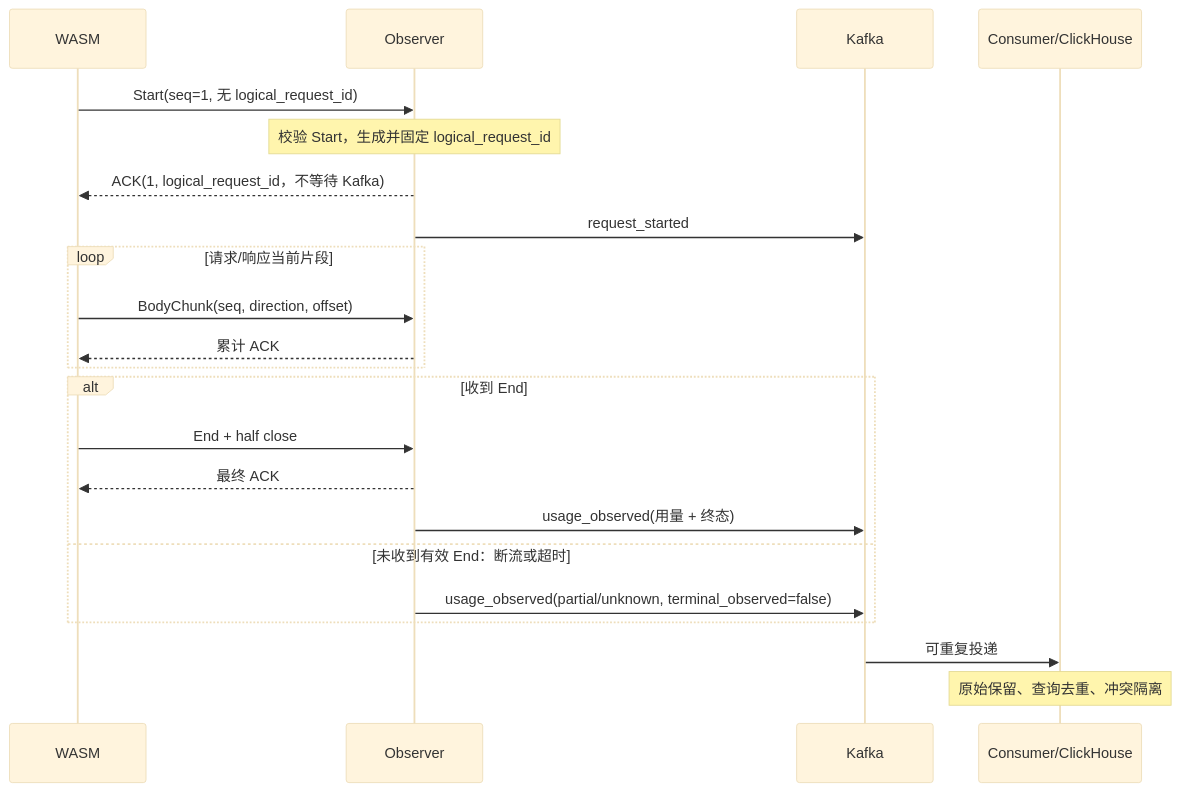
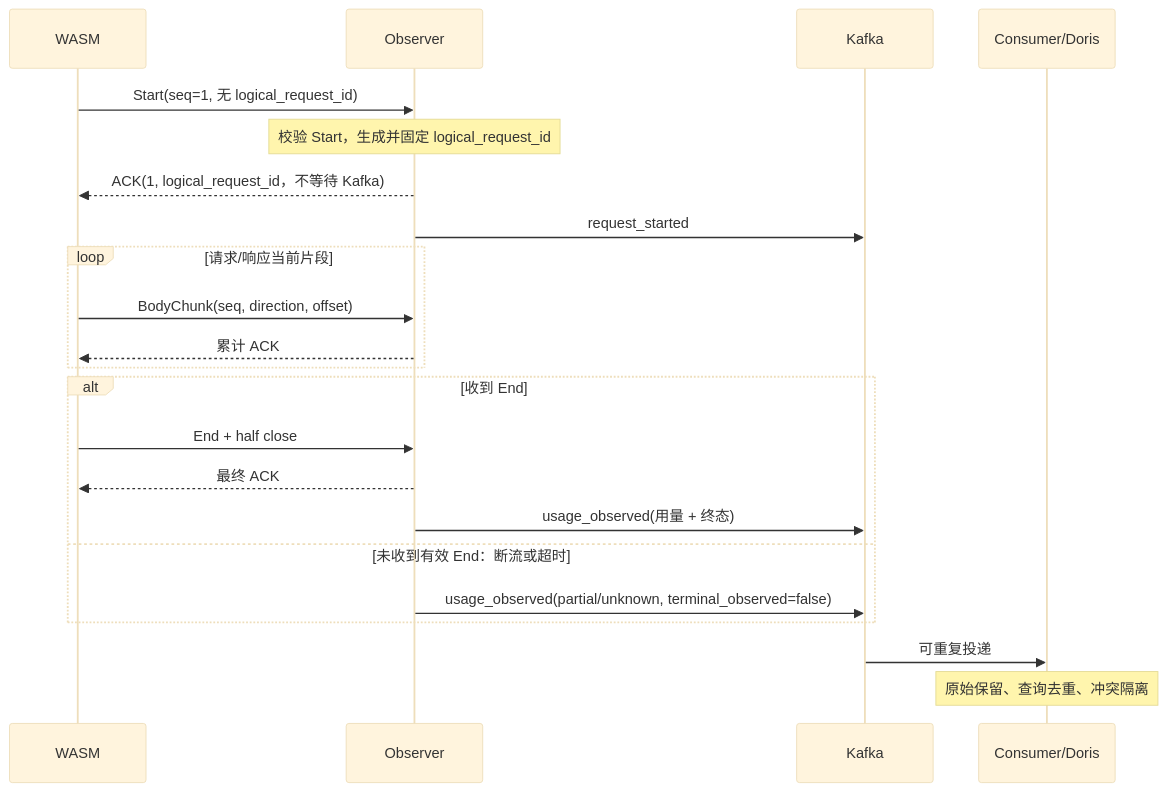
The second of 2 diagrams in docs/gateway-request-collection-implementation.md (Fangyan33/llm-token-stats), drawn with Mermaid (base theme) before and after one commit. The commit also changed other lines of this file and 43 other files, not shown here.

````diff
--- a/docs/gateway-request-collection-implementation.md
+++ b/docs/gateway-request-collection-implementation.md
@@ -471,24 +471,24 @@
 ```mermaid
 sequenceDiagram
     participant W as WASM
     participant O as Observer
     participant K as Kafka
-    participant D as Consumer/ClickHouse
+    participant D as Consumer/Doris
     W->>O: Start(seq=1, 无 logical_request_id)
     Note over O: 校验 Start，生成并固定 logical_request_id
     O-->>W: ACK(1, logical_request_id，不等待 Kafka)
     O->>K: request_started
     loop 请求/响应当前片段
         W->>O: BodyChunk(seq, direction, offset)
         O-->>W: 累计 ACK
     end
     alt 收到 End
         W->>O: End + half close
         O-->>W: 最终 ACK
         O->>K: usage_observed(用量 + 终态)
     else 未收到有效 End：断流或超时
         O->>K: usage_observed(partial/unknown, terminal_observed=false)
     end
     K->>D: 可重复投递
     Note over D: 原始保留、查询去重、冲突隔离
 ```
````
